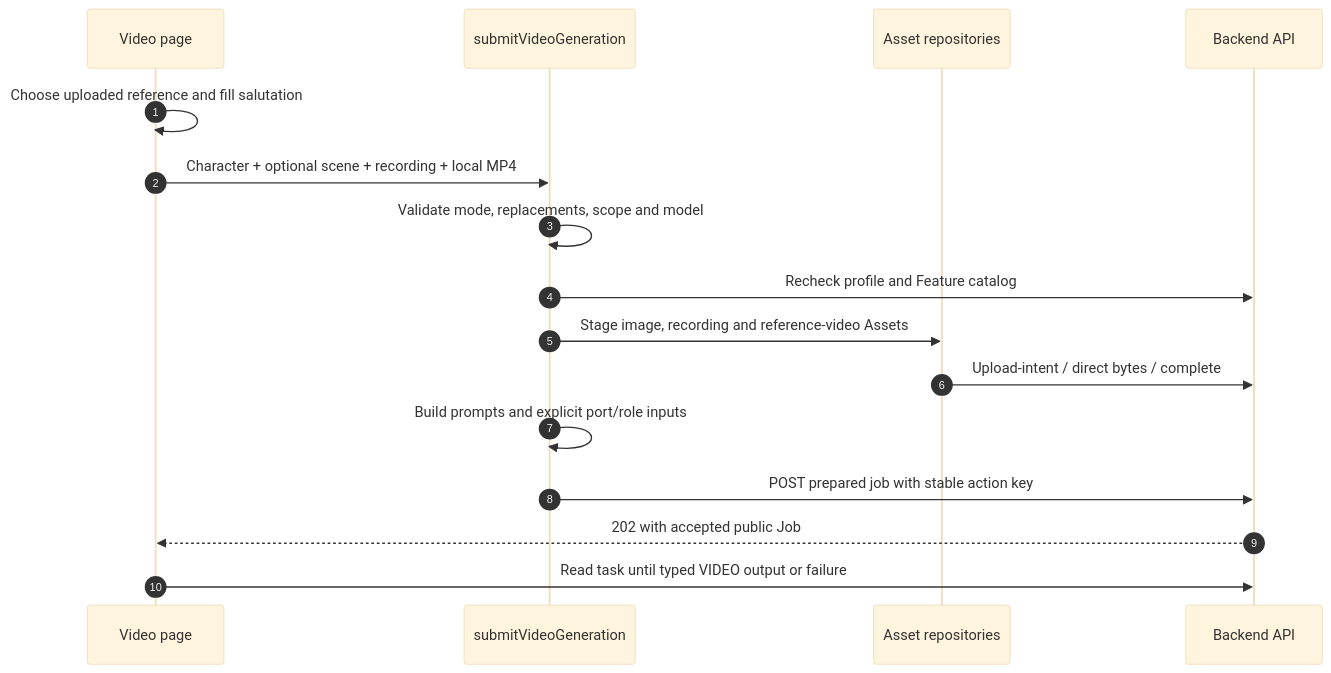
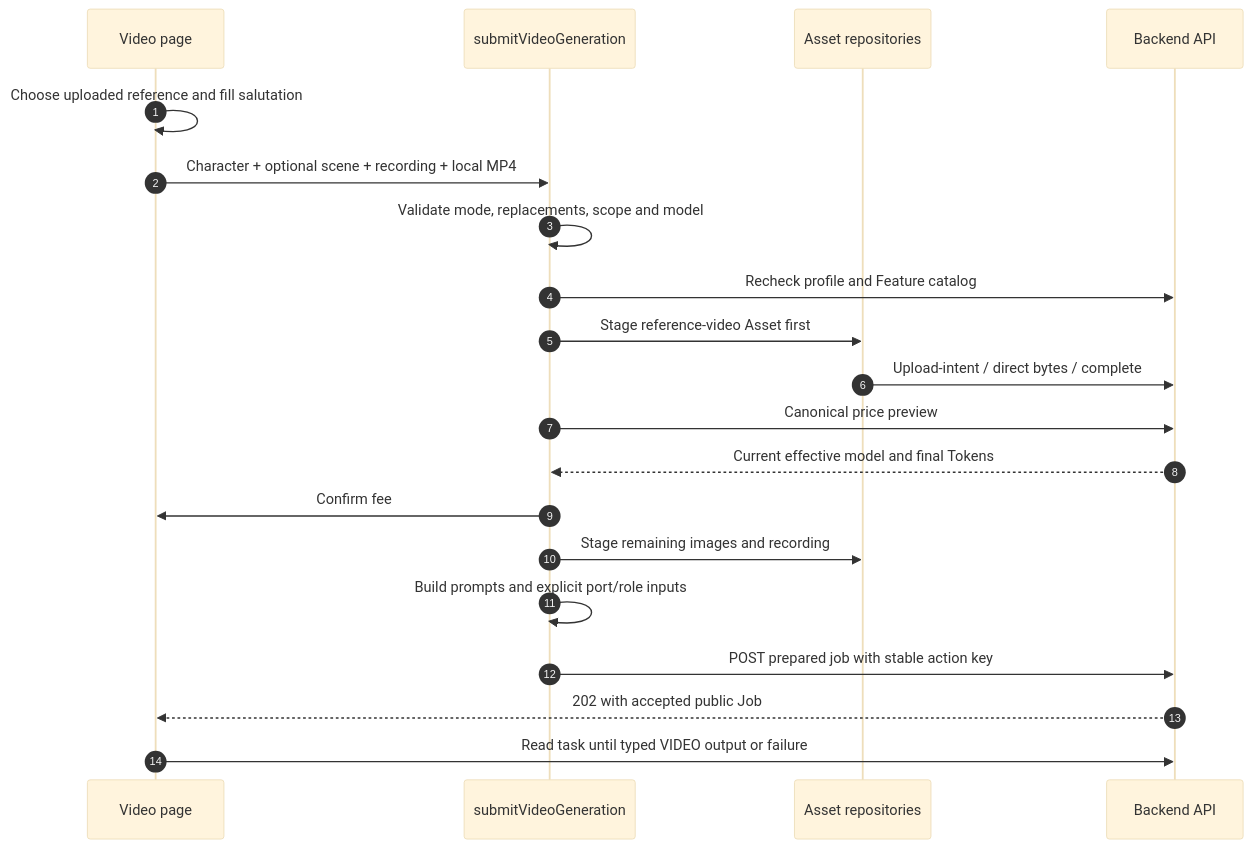
One commit to Orientation-CD/docs changed the diagram in frontend/workflows.md. Above: the diagram before and after it, drawn with Mermaid (base theme). The commit also changed other lines of this file and 203 other files, not shown here.

````diff
--- a/frontend/workflows.md
+++ b/frontend/workflows.md
@@ -54,18 +54,22 @@
 ```mermaid
 sequenceDiagram
   autonumber
   participant P as Video page
   participant S as submitVideoGeneration
   participant A as Asset repositories
   participant API as Backend API
   P->>P: Choose uploaded reference and fill salutation
   P->>S: Character + optional scene + recording + local MP4
   S->>S: Validate mode, replacements, scope and model
   S->>API: Recheck profile and Feature catalog
-  S->>A: Stage image, recording and reference-video Assets
+  S->>A: Stage reference-video Asset first
   A->>API: Upload-intent / direct bytes / complete
+  S->>API: Canonical price preview
+  API-->>S: Current effective model and final Tokens
+  S->>P: Confirm fee
+  S->>A: Stage remaining images and recording
   S->>S: Build prompts and explicit port/role inputs
   S->>API: POST prepared job with stable action key
   API-->>P: 202 with accepted public Job
   P->>API: Read task until typed VIDEO output or failure
 ```
````
